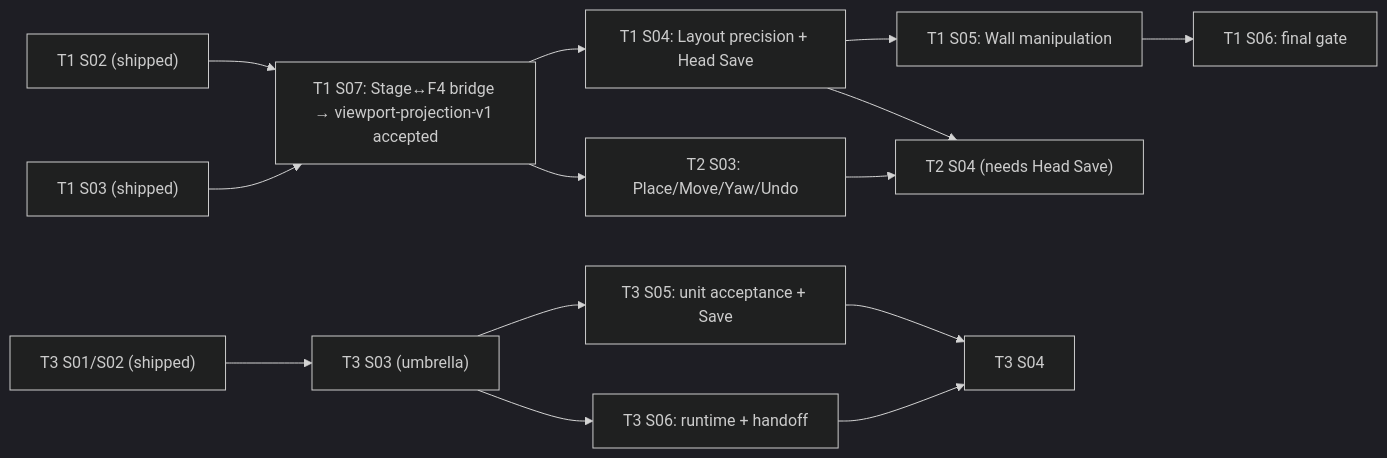
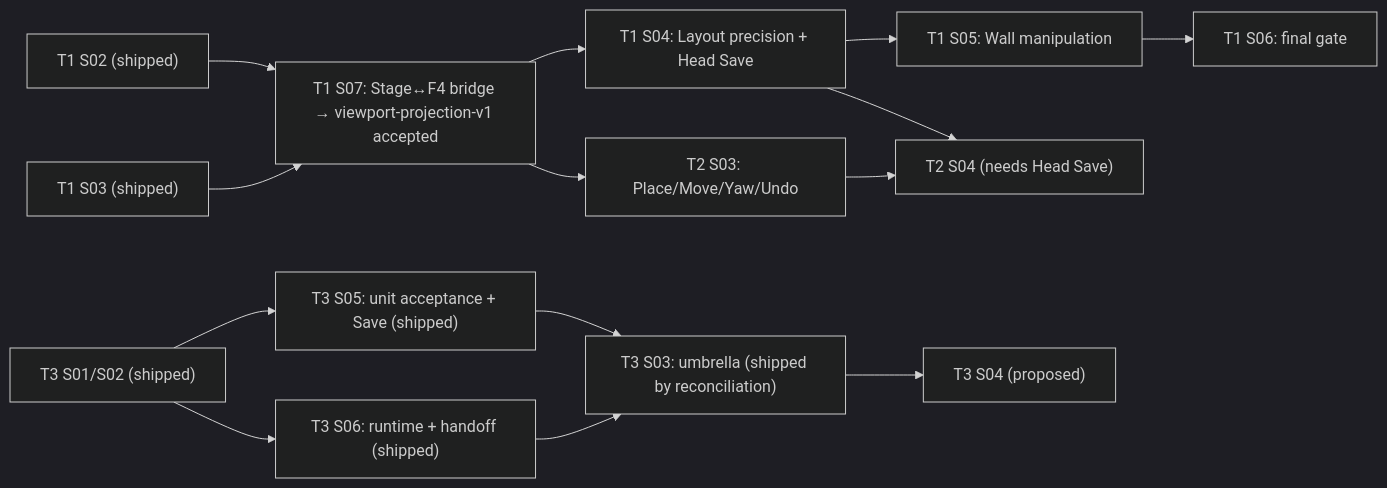
Before and after one commit to Biskiq/spatial-sketch-editor: the second of 3 diagrams in docs/roadmap/cross-track-execution.md, drawn with Mermaid (dark theme). The commit also changed other lines of this file and 18 other files, not shown here.

````diff
--- a/docs/roadmap/cross-track-execution.md
+++ b/docs/roadmap/cross-track-execution.md
@@ -345,13 +371,15 @@
 ```mermaid
 flowchart LR
   V["T1 S02 (shipped)"] --> B["T1 S07: Stage↔F4 bridge → viewport-projection-v1 accepted"]
   L["T1 S03 (shipped)"] --> B
   B --> P["T1 S04: Layout precision + Head Save"]
   B --> UI["T2 S03: Place/Move/Yaw/Undo"]
   P --> W["T1 S05: Wall manipulation"] --> G["T1 S06: final gate"]
   P --> T2F["T2 S04 (needs Head Save)"]
   UI --> T2F
-  U["T3 S01/S02 (shipped)"] --> X["T3 S03 (umbrella)"]
-  X --> X5["T3 S05: unit acceptance + Save"] --> CUT["T3 S04"]
-  X --> X6["T3 S06: runtime + handoff"] --> CUT
+  U["T3 S01/S02 (shipped)"] --> X5["T3 S05: unit acceptance + Save (shipped)"]
+  U --> X6["T3 S06: runtime + handoff (shipped)"]
+  X5 --> X["T3 S03: umbrella (shipped by reconciliation)"]
+  X6 --> X
+  X --> CUT["T3 S04 (proposed)"]
 ```
````
